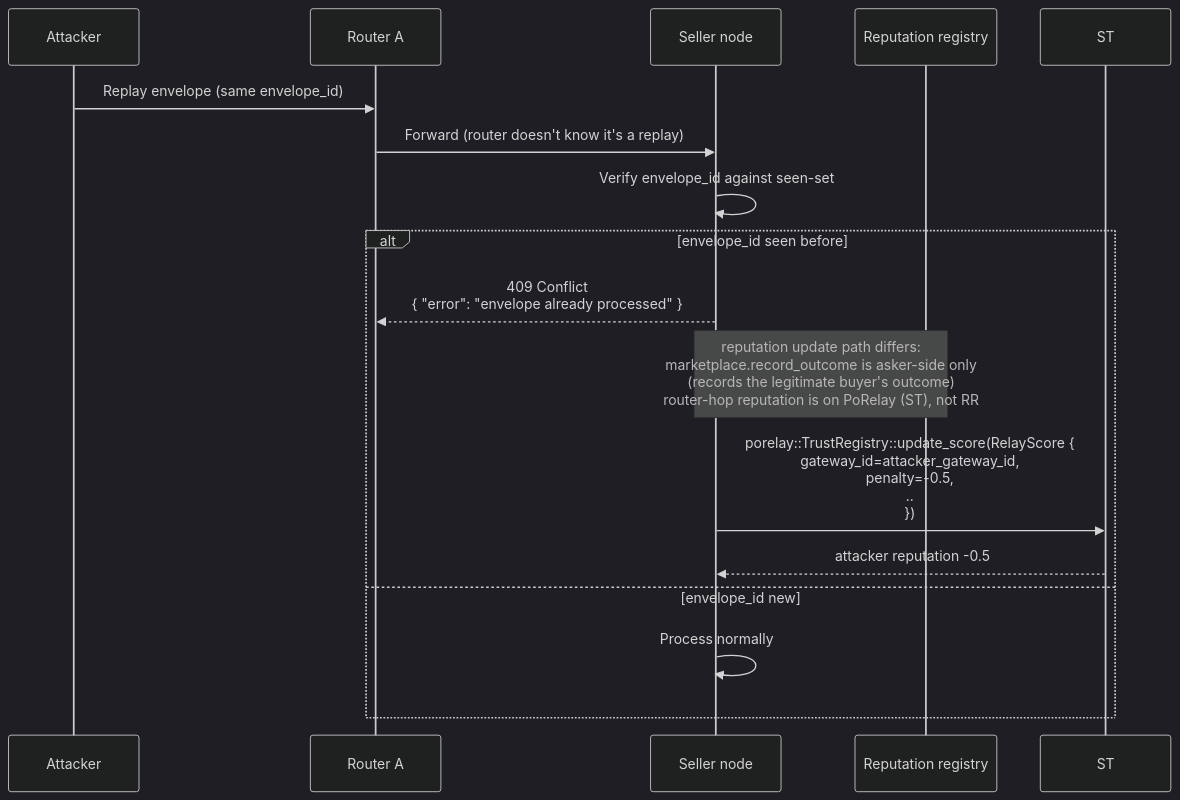
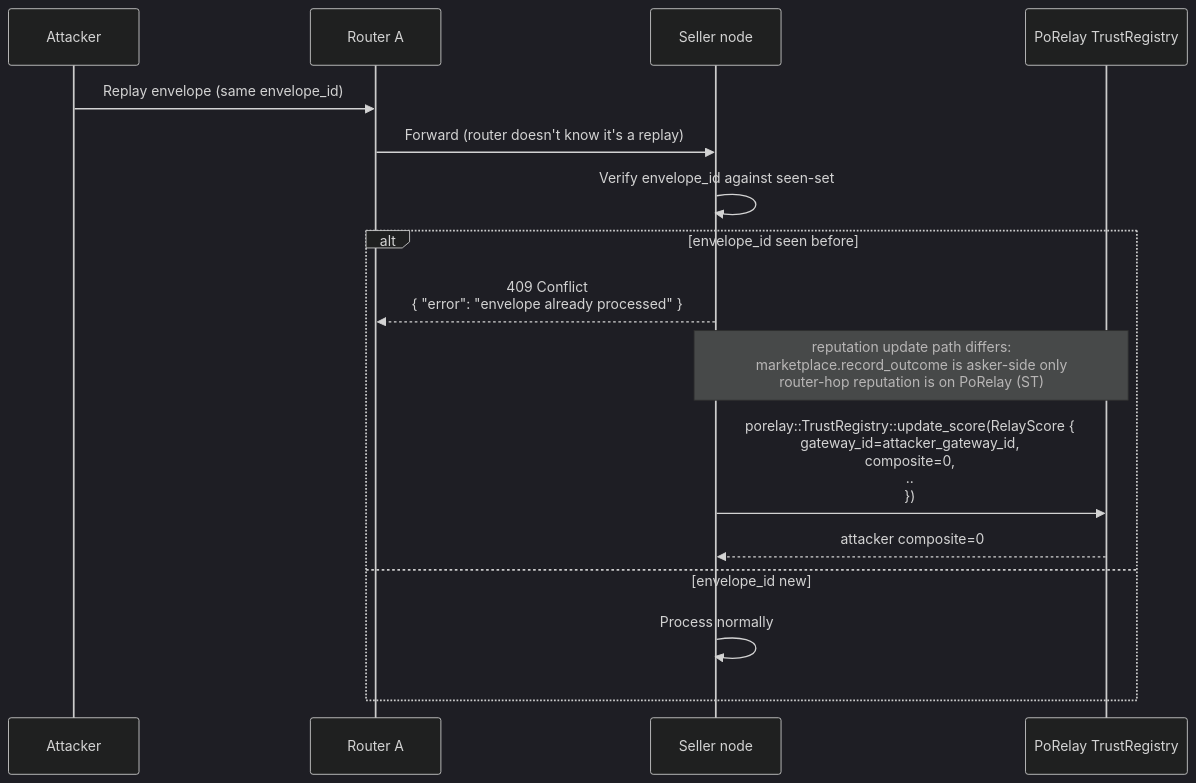
Before and after one commit to CipherOcto/cipherocto: diagram 11 of 14 in docs/architecture/end-to-end-scenarios.md, drawn with Mermaid (dark theme). The commit also changed other lines of this file, not shown here.

First line of the commit message:
docs(architecture): round 9 review fixes (RelayScore, anchors, mermaid participants, phase labels)

````diff
--- a/docs/architecture/end-to-end-scenarios.md
+++ b/docs/architecture/end-to-end-scenarios.md
@@ -483,19 +483,19 @@
 ```mermaid
 sequenceDiagram
     participant A as Attacker
     participant P1 as Router A
     participant SN as Seller node
-    participant RR as Reputation registry
+    participant ST as PoRelay TrustRegistry
 
     A->>P1: Replay envelope (same envelope_id)
     P1->>SN: Forward (router doesn't know it's a replay)
     SN->>SN: Verify envelope_id against seen-set
     alt envelope_id seen before
         SN-->>P1: 409 Conflict<br/>{ "error": "envelope already processed" }
-        Note over SN,RR: reputation update path differs:<br/>marketplace.record_outcome is asker-side only<br/>(records the legitimate buyer's outcome)<br/>router-hop reputation is on PoRelay (ST), not RR
-        SN->>ST: porelay::TrustRegistry::update_score(RelayScore {<br/>  gateway_id=attacker_gateway_id,<br/>  penalty=-0.5,<br/>  ..<br/>})
-        ST-->>SN: attacker reputation -0.5
+        Note over SN,ST: reputation update path differs:<br/>marketplace.record_outcome is asker-side only<br/>router-hop reputation is on PoRelay (ST)
+        SN->>ST: porelay::TrustRegistry::update_score(RelayScore {<br/>  gateway_id=attacker_gateway_id,<br/>  composite=0,<br/>  ..<br/>})
+        ST-->>SN: attacker composite=0
     else envelope_id new
         SN->>SN: Process normally
     end
 ```
````
